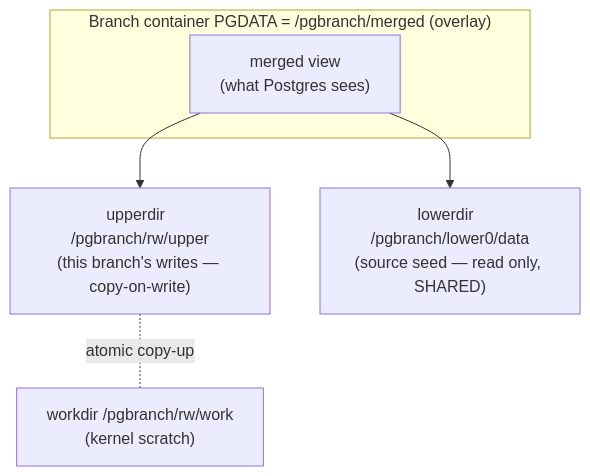
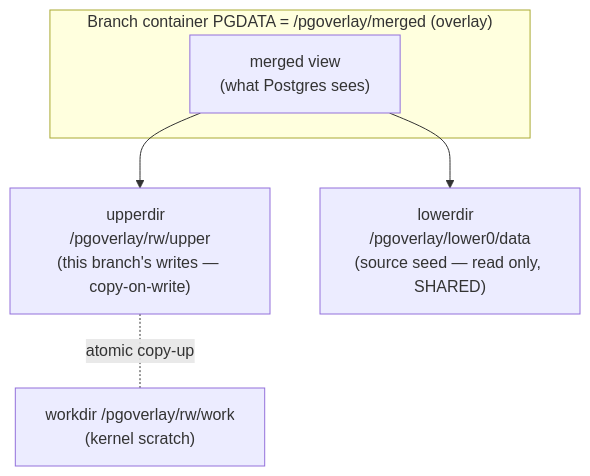
The second of 3 diagrams in docs/concepts.md (abd-ulbasit/pgoverlay), drawn with Mermaid before and after one commit. The commit also changed other lines of this file and 159 other files, not shown here.

````diff
--- a/docs/concepts.md
+++ b/docs/concepts.md
@@ -152,12 +152,12 @@
 ```mermaid
 flowchart TB
-  subgraph branch["Branch container PGDATA = /pgbranch/merged (overlay)"]
+  subgraph branch["Branch container PGDATA = /pgoverlay/merged (overlay)"]
     merged["merged view\n(what Postgres sees)"]
   end
-  upper["upperdir  /pgbranch/rw/upper\n(this branch's writes — copy-on-write)"]
-  work["workdir  /pgbranch/rw/work\n(kernel scratch)"]
-  lower0["lowerdir  /pgbranch/lower0/data\n(source seed — read only, SHARED)"]
+  upper["upperdir  /pgoverlay/rw/upper\n(this branch's writes — copy-on-write)"]
+  work["workdir  /pgoverlay/rw/work\n(kernel scratch)"]
+  lower0["lowerdir  /pgoverlay/lower0/data\n(source seed — read only, SHARED)"]
   merged --> upper
   merged --> lower0
   upper -. atomic copy-up .- work
 ```
````
